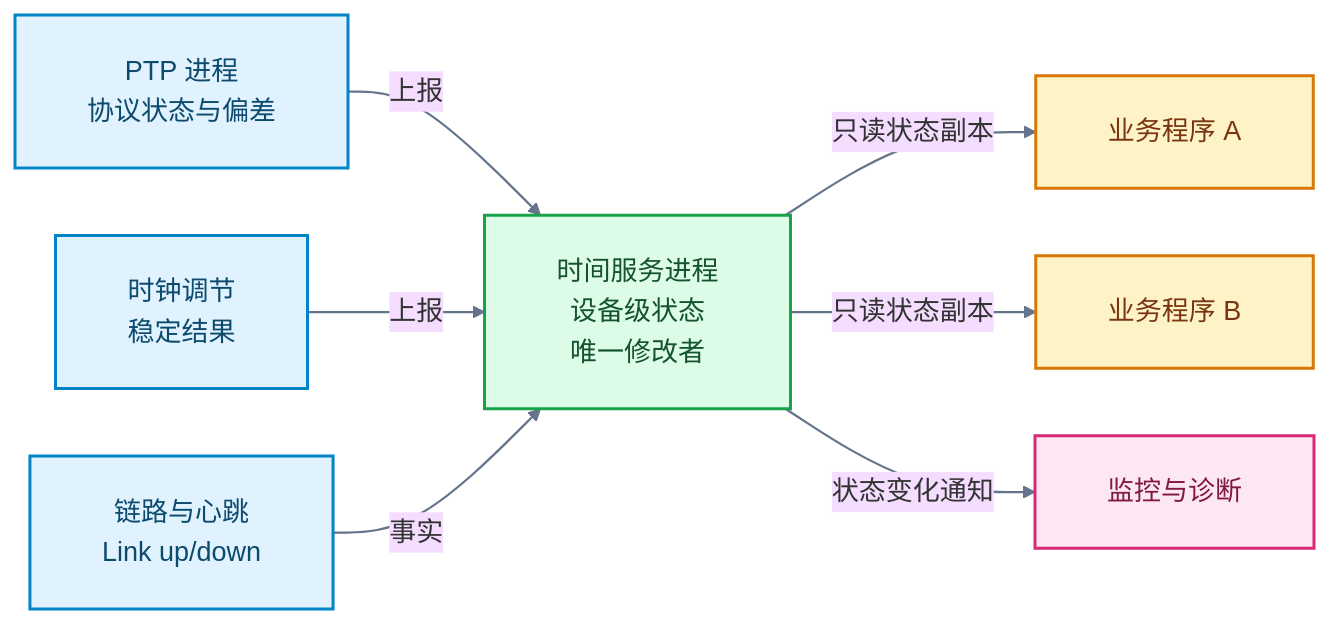
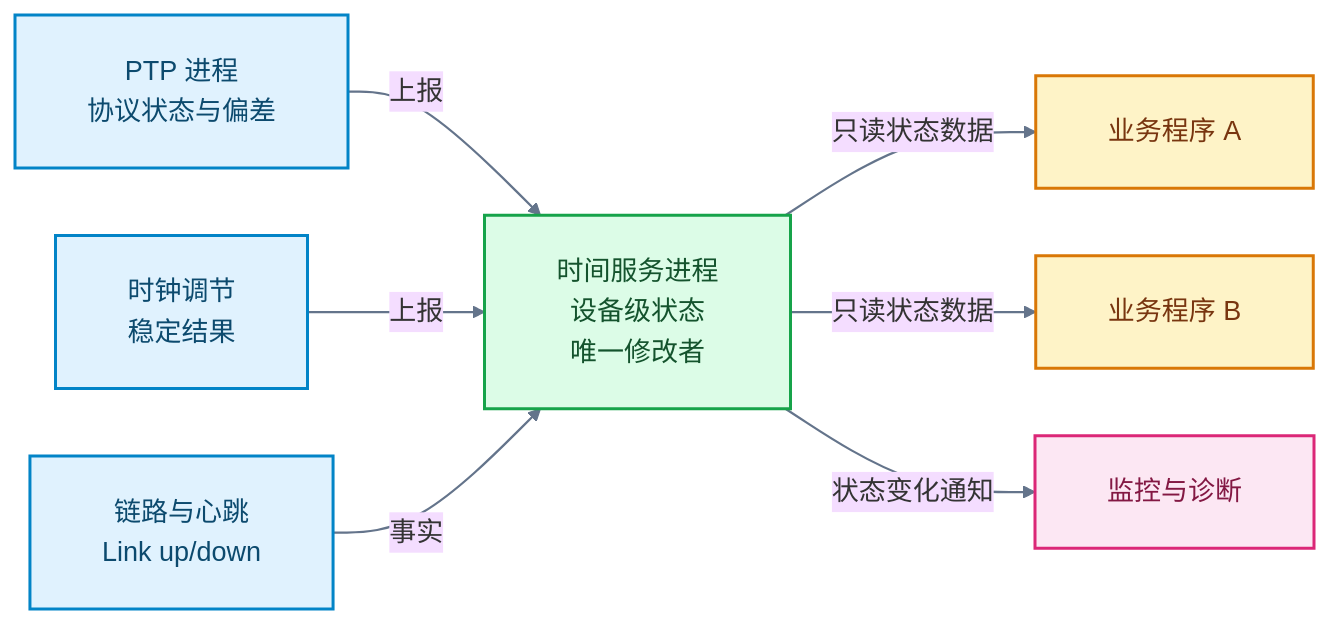
Before and after one commit to DeguiLiu/tech-notes: the fourth of 5 diagrams in content/posts/performance/ptp_state_machine_field_troubleshooting.md, drawn with Mermaid. The commit also changed other lines of this file, not shown here.

````diff
--- a/content/posts/performance/ptp_state_machine_field_troubleshooting.md
+++ b/content/posts/performance/ptp_state_machine_field_troubleshooting.md
@@ -290,20 +302,20 @@
 ```mermaid
 %%{init: {"theme":"base","themeVariables":{"fontFamily":"sans-serif","fontSize":"18px","lineColor":"#455A64"},"flowchart":{"htmlLabels":true,"padding":24,"nodeSpacing":45,"rankSpacing":55}}}%%
 flowchart LR
     P["PTP 进程<br/>协议状态与偏差"] -->|"上报"| A["时间服务进程<br/>设备级状态<br/>唯一修改者"]
     S["时钟调节<br/>稳定结果"] -->|"上报"| A
     L["链路与心跳<br/>Link up/down"] -->|"事实"| A
-    A -->|"只读状态副本"| B["业务程序 A"]
-    A -->|"只读状态副本"| C["业务程序 B"]
+    A -->|"只读状态数据"| B["业务程序 A"]
+    A -->|"只读状态数据"| C["业务程序 B"]
     A -->|"状态变化通知"| M["监控与诊断"]
 
     classDef fact fill:#E0F2FE,stroke:#0284C7,stroke-width:2px,color:#0C4A6E
     classDef owner fill:#DCFCE7,stroke:#16A34A,stroke-width:2px,color:#14532D
     classDef reader fill:#FEF3C7,stroke:#D97706,stroke-width:2px,color:#78350F
     classDef mon fill:#FCE7F3,stroke:#DB2777,stroke-width:2px,color:#831843
     class P,S,L fact
     class A owner
     class B,C reader
     class M mon
     linkStyle default stroke:#64748B,stroke-width:1.5px
 ```
````
